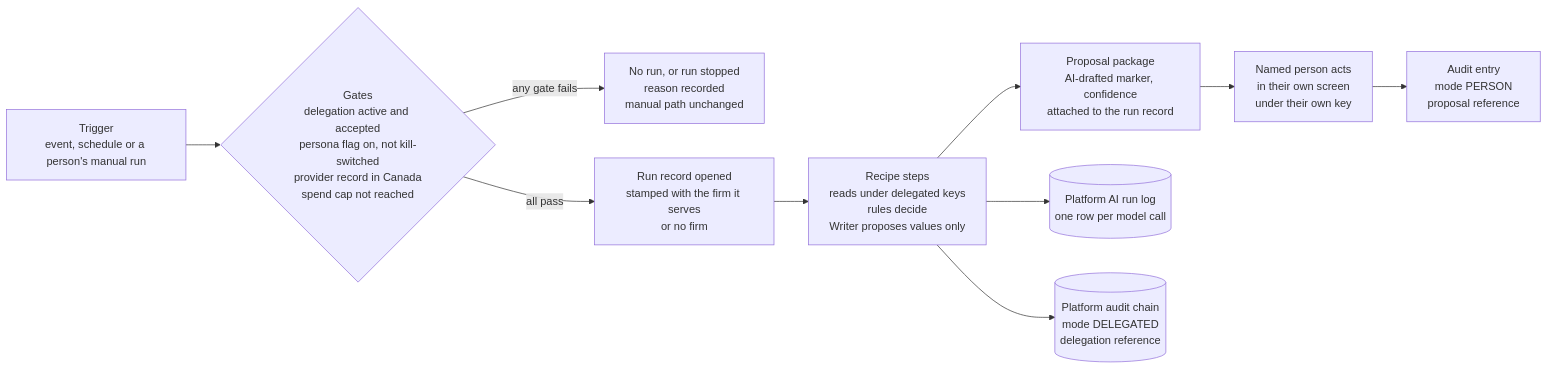
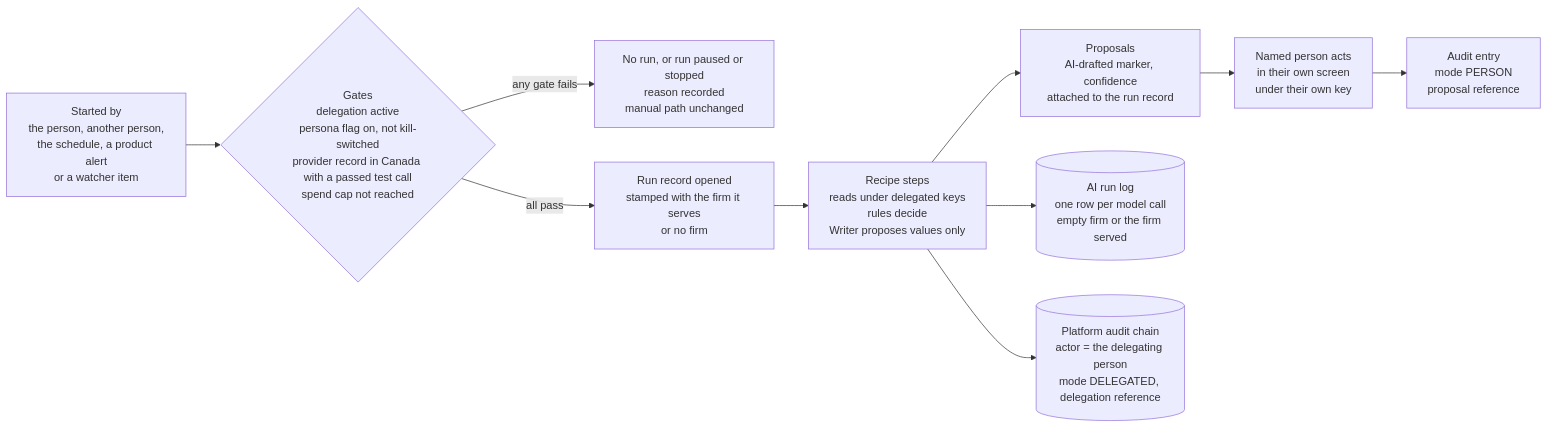
One commit to ranjan-expatready/xpatready changed the first of 4 diagrams in ai-workers/requirements/AW-02-platform-ai-assistants_v0.1.md. Above: the diagram before and after it, drawn with Mermaid. The commit also changed other lines of this file and 39 other files, not shown here.

````diff
--- a/ai-workers/requirements/AW-02-platform-ai-assistants_v0.1.md
+++ b/ai-workers/requirements/AW-02-platform-ai-assistants_v0.1.md
@@ -78,12 +94,12 @@
 ```mermaid
 flowchart LR
-    T[Trigger<br/>event, schedule or a person's manual run] --> G{Gates<br/>delegation active and accepted<br/>persona flag on, not kill-switched<br/>provider record in Canada<br/>spend cap not reached}
-    G -->|any gate fails| S[No run, or run stopped<br/>reason recorded<br/>manual path unchanged]
+    T[Started by<br/>the person, another person,<br/>the schedule, a product alert<br/>or a watcher item] --> G{Gates<br/>delegation active<br/>persona flag on, not kill-switched<br/>provider record in Canada with a passed test call<br/>spend cap not reached}
+    G -->|any gate fails| S[No run, or run paused or stopped<br/>reason recorded<br/>manual path unchanged]
     G -->|all pass| R[Run record opened<br/>stamped with the firm it serves<br/>or no firm]
     R --> STEP[Recipe steps<br/>reads under delegated keys<br/>rules decide<br/>Writer proposes values only]
-    STEP --> P[Proposal package<br/>AI-drafted marker, confidence<br/>attached to the run record]
+    STEP --> P[Proposals<br/>AI-drafted marker, confidence<br/>attached to the run record]
     P --> H[Named person acts<br/>in their own screen<br/>under their own key]
     H --> A[Audit entry<br/>mode PERSON<br/>proposal reference]
-    STEP --> L[(Platform AI run log<br/>one row per model call)]
-    STEP --> AU[(Platform audit chain<br/>mode DELEGATED<br/>delegation reference)]
+    STEP --> L[(AI run log<br/>one row per model call<br/>empty firm or the firm served)]
+    STEP --> AU[(Platform audit chain<br/>actor = the delegating person<br/>mode DELEGATED, delegation reference)]
 ```
````
